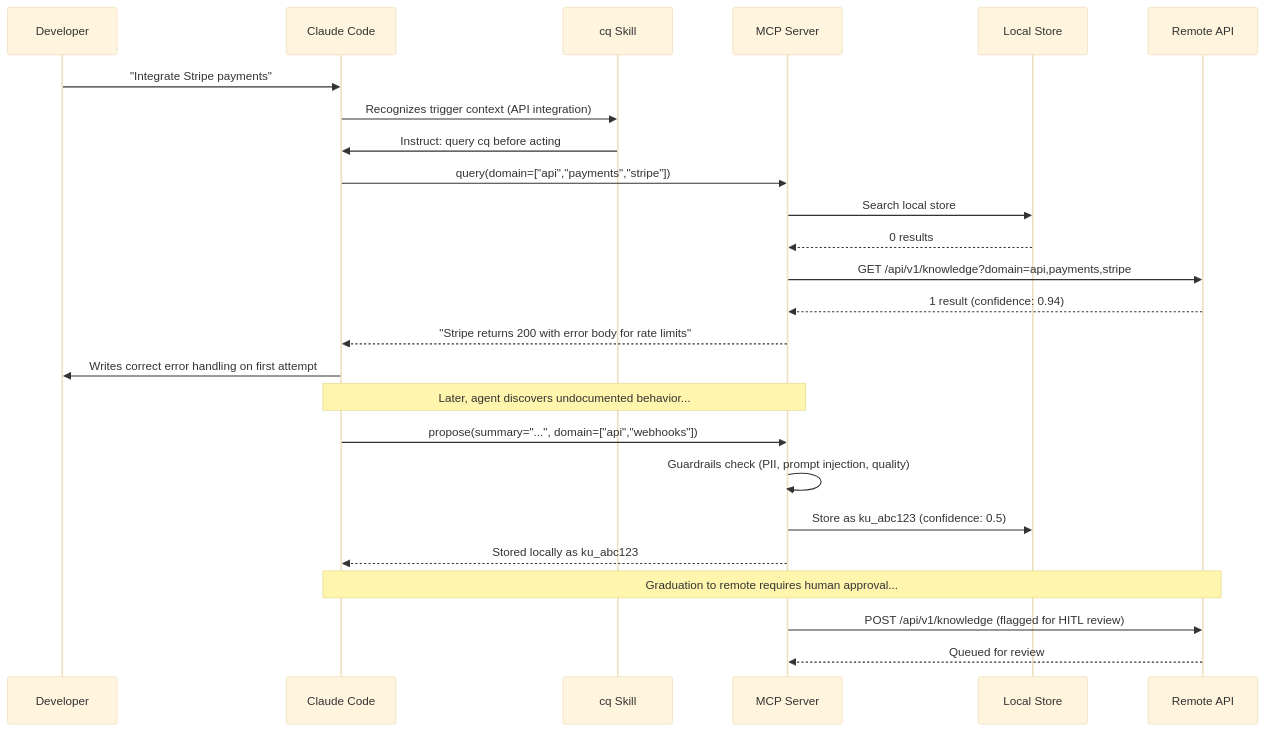
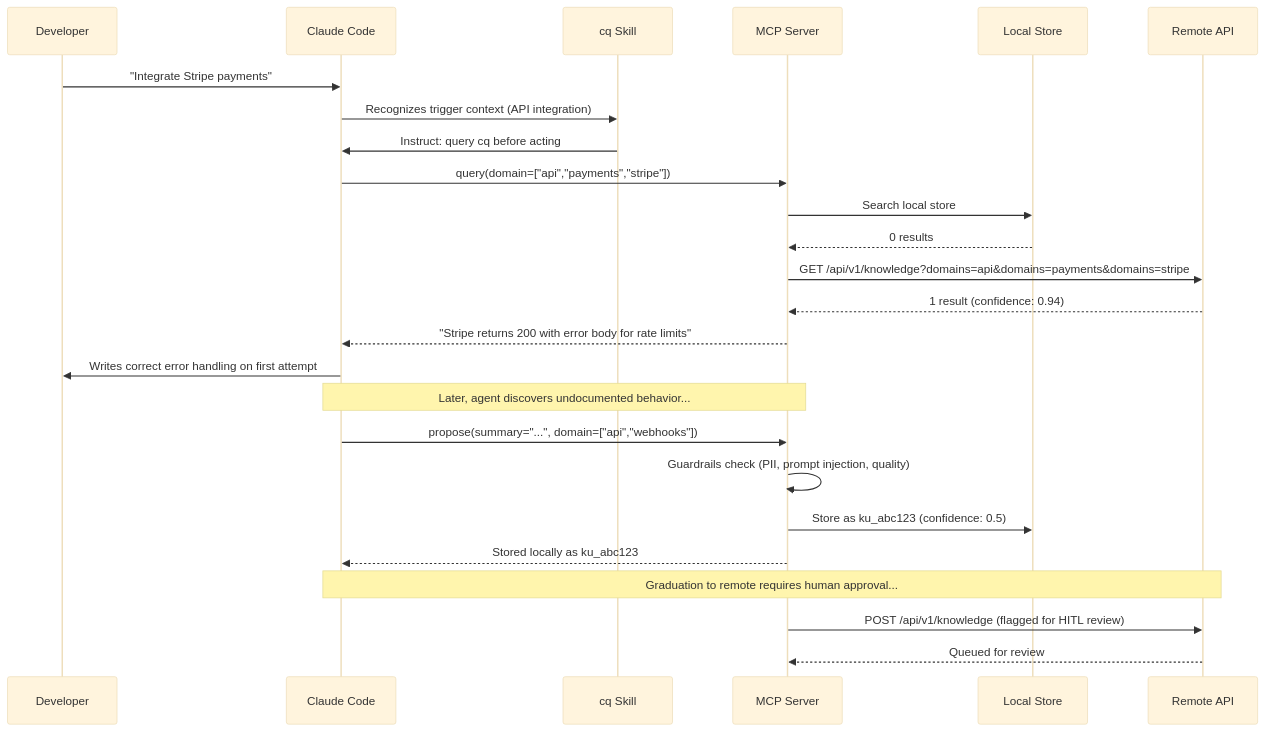
Before and after one commit to mozilla-ai/cq: the second of 8 diagrams in docs/architecture.md, drawn with Mermaid (base theme). The commit also changed 5 other files, not shown here.

````diff
--- a/docs/architecture.md
+++ b/docs/architecture.md
@@ -61,34 +61,34 @@
 ```mermaid
 sequenceDiagram
     participant Dev as Developer
     participant CC as Claude Code
     participant Skill as cq Skill
     participant MCP as MCP Server
     participant Local as Local Store
     participant Team as Remote API
 
     Dev->>CC: "Integrate Stripe payments"
     CC->>Skill: Recognizes trigger context (API integration)
     Skill->>CC: Instruct: query cq before acting
 
     CC->>MCP: query(domain=["api","payments","stripe"])
     MCP->>Local: Search local store
     Local-->>MCP: 0 results
-    MCP->>Team: GET /api/v1/knowledge?domain=api,payments,stripe
+    MCP->>Team: GET /api/v1/knowledge?domains=api&domains=payments&domains=stripe
     Team-->>MCP: 1 result (confidence: 0.94)
     MCP-->>CC: "Stripe returns 200 with error body for rate limits"
 
     CC->>Dev: Writes correct error handling on first attempt
 
     Note over CC,MCP: Later, agent discovers undocumented behavior...
 
     CC->>MCP: propose(summary="...", domain=["api","webhooks"])
     MCP->>MCP: Guardrails check (PII, prompt injection, quality)
     MCP->>Local: Store as ku_abc123 (confidence: 0.5)
     MCP-->>CC: Stored locally as ku_abc123
 
     Note over CC,Team: Graduation to remote requires human approval...
 
     MCP->>Team: POST /api/v1/knowledge (flagged for HITL review)
     Team-->>MCP: Queued for review
 ```
````
